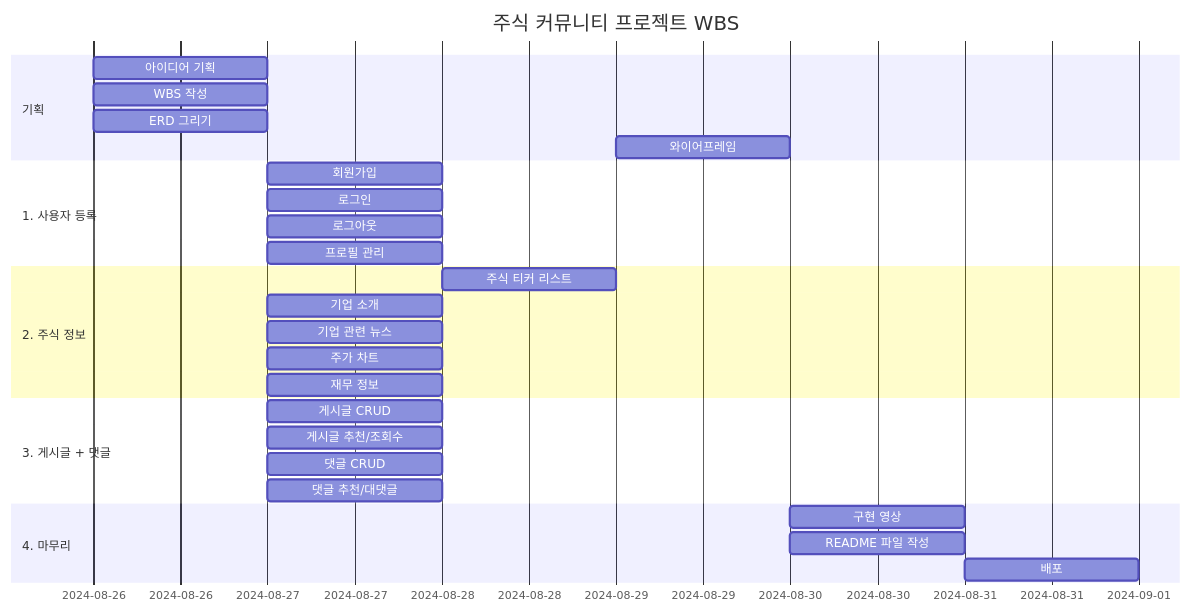
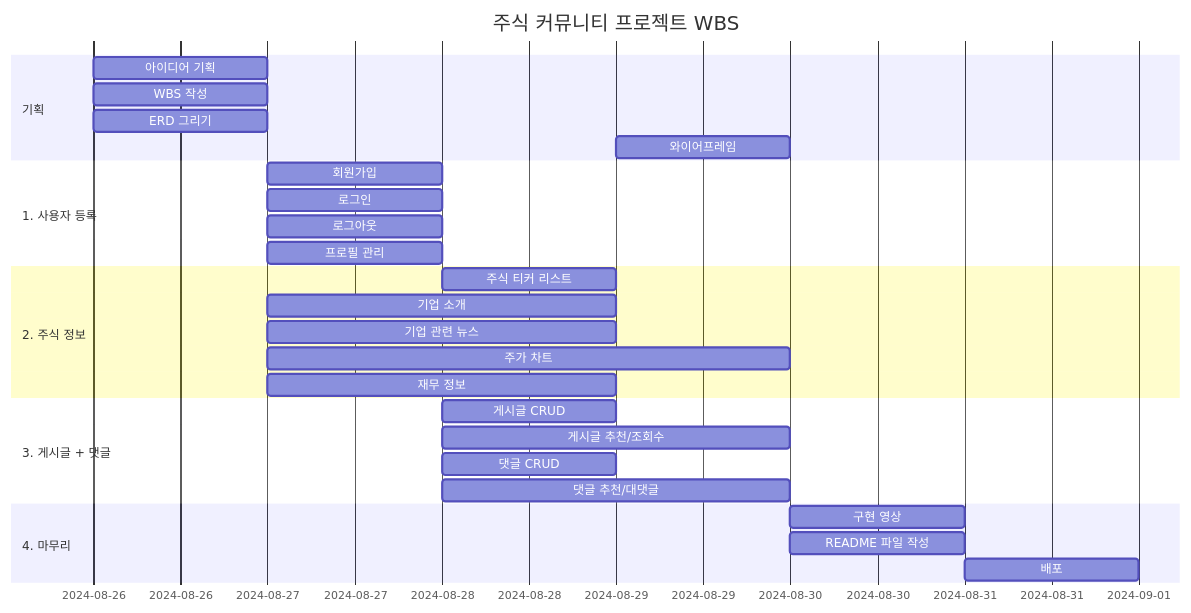
The first of 3 diagrams in README.md (Donggyu-Kim1/stalk), drawn with Mermaid before and after one commit. The commit also changed other lines of this file, not shown here.

````diff
--- a/README.md
+++ b/README.md
@@ -187,35 +190,35 @@
 ```mermaid
 gantt
     title 주식 커뮤니티 프로젝트 WBS
     dateFormat  YYYY-MM-DD HH:mm
 
     section 기획
     아이디어 기획      :2024-08-26, 1d
     WBS 작성          :2024-08-26, 1d
     ERD 그리기         :2024-08-26, 1d
     와이어프레임        :2024-08-29, 1d
 
     section 1. 사용자 등록
     회원가입           :2024-08-27, 1d
     로그인             :2024-08-27, 1d
     로그아웃           :2024-08-27, 1d
     프로필 관리         :2024-08-27, 1d
 
     section 2. 주식 정보
     주식 티커 리스트     :2024-08-28, 1d
-    기업 소개          :2024-08-27, 1d
-    기업 관련 뉴스      :2024-08-27, 1d
-    주가 차트          :2024-08-27, 1d
-    재무 정보          :2024-08-27, 1d
+    기업 소개          :2024-08-27, 2d
+    기업 관련 뉴스      :2024-08-27, 2d
+    주가 차트          :2024-08-27, 3d
+    재무 정보          :2024-08-27, 2d
 
     section 3. 게시글 + 댓글
-    게시글 CRUD        :2024-08-27, 1d
-    게시글 추천/조회수   :2024-08-27, 1d
-    댓글 CRUD          :2024-08-27, 1d
-    댓글 추천/대댓글     :2024-08-27, 1d
+    게시글 CRUD        :2024-08-28, 1d
+    게시글 추천/조회수   :2024-08-28, 2d
+    댓글 CRUD          :2024-08-28, 1d
+    댓글 추천/대댓글     :2024-08-28, 2d
 
     section 4. 마무리
     구현 영상          :2024-08-30, 1d
     README 파일 작성   :2024-08-30, 1d
     배포              :2024-08-31, 1d
 ```
````
